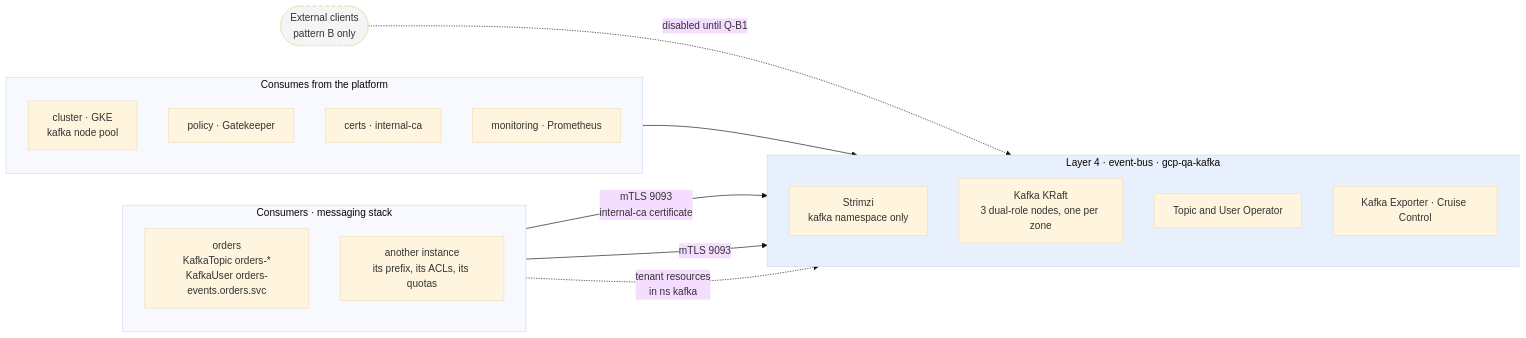
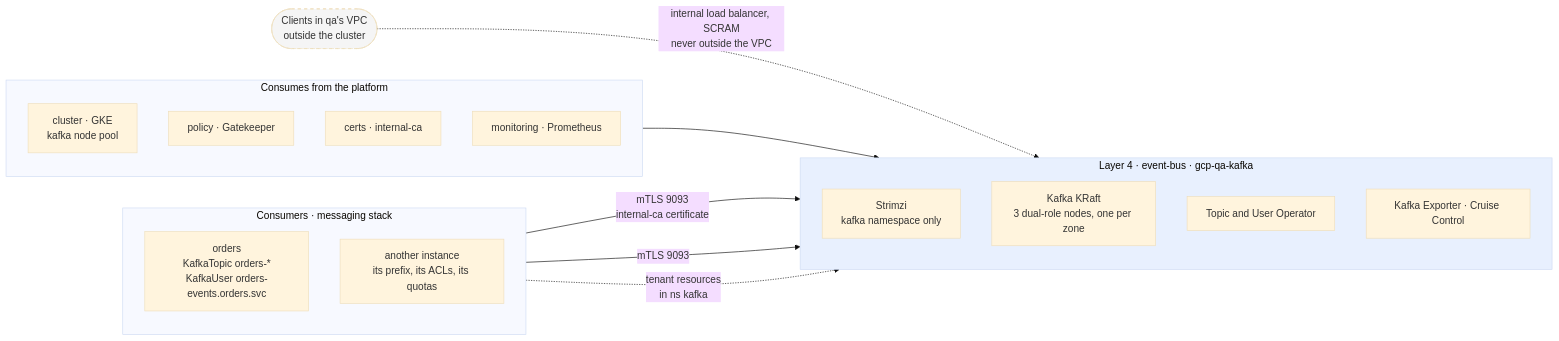
The diagram in docs/en/proposals/kafka-qa/diagrams/01-contexto.mmd (aescanero/proposal_documents), drawn with Mermaid (base theme) before and after one commit. The commit also changed 30 other files, not shown here.

```diff
--- a/docs/en/proposals/kafka-qa/diagrams/01-contexto.mmd
+++ b/docs/en/proposals/kafka-qa/diagrams/01-contexto.mmd
@@ -1,33 +1,33 @@
 flowchart LR
     subgraph PLAT["Consumes from the platform"]
         direction TB
         CL["cluster · GKE<br/>kafka node pool"]
         PO["policy · Gatekeeper"]
         CE["certs · internal-ca"]
         MO["monitoring · Prometheus"]
     end
 
     subgraph L4["Layer 4 · event-bus · gcp-qa-kafka"]
         direction TB
         OP["Strimzi<br/>kafka namespace only"]
         KC["Kafka KRaft<br/>3 dual-role nodes, one per zone"]
         EO["Topic and User Operator"]
         EX["Kafka Exporter · Cruise Control"]
     end
 
     subgraph CONS["Consumers · messaging stack"]
         direction TB
         A["orders<br/>KafkaTopic orders-*<br/>KafkaUser orders-events.orders.svc"]
         B["another instance<br/>its prefix, its ACLs, its quotas"]
     end
 
-    EXT(["External clients<br/>pattern B only"])
+    EXT(["Clients in qa's VPC<br/>outside the cluster"])
 
     PLAT --> L4
     A -->|"mTLS 9093<br/>internal-ca certificate"| KC
     B -->|"mTLS 9093"| KC
     A -. "tenant resources<br/>in ns kafka" .-> EO
-    EXT -. "disabled until Q-B1" .-> KC
+    EXT -. "internal load balancer, SCRAM<br/>never outside the VPC" .-> KC
 
     style L4 fill:#e8f0fe
     style EXT fill:#f5f5f5,stroke-dasharray: 5 5
```
